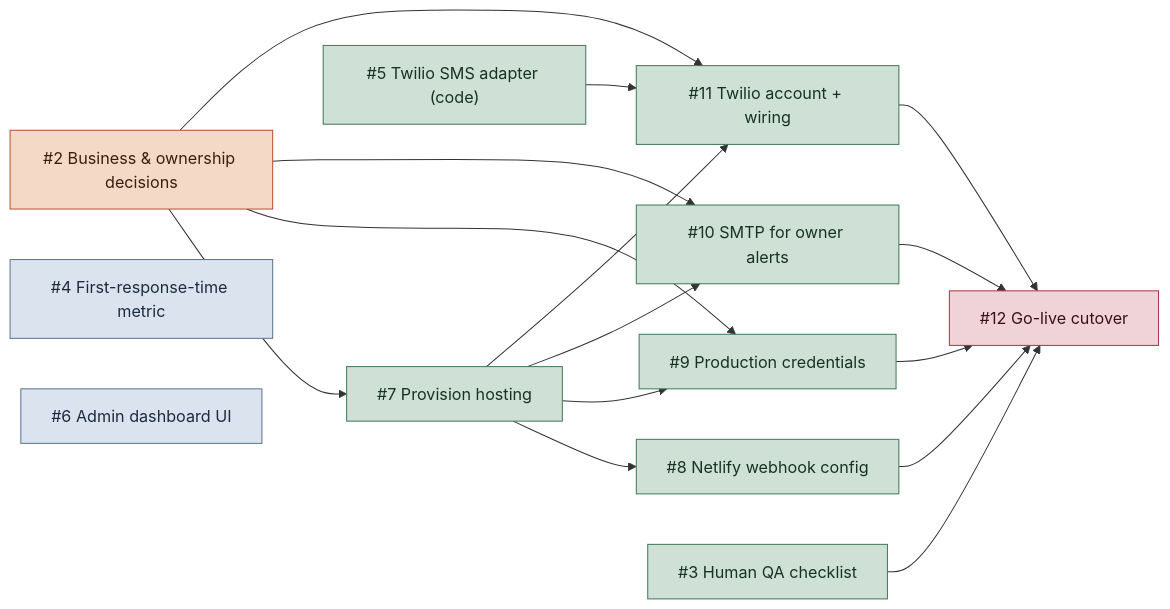
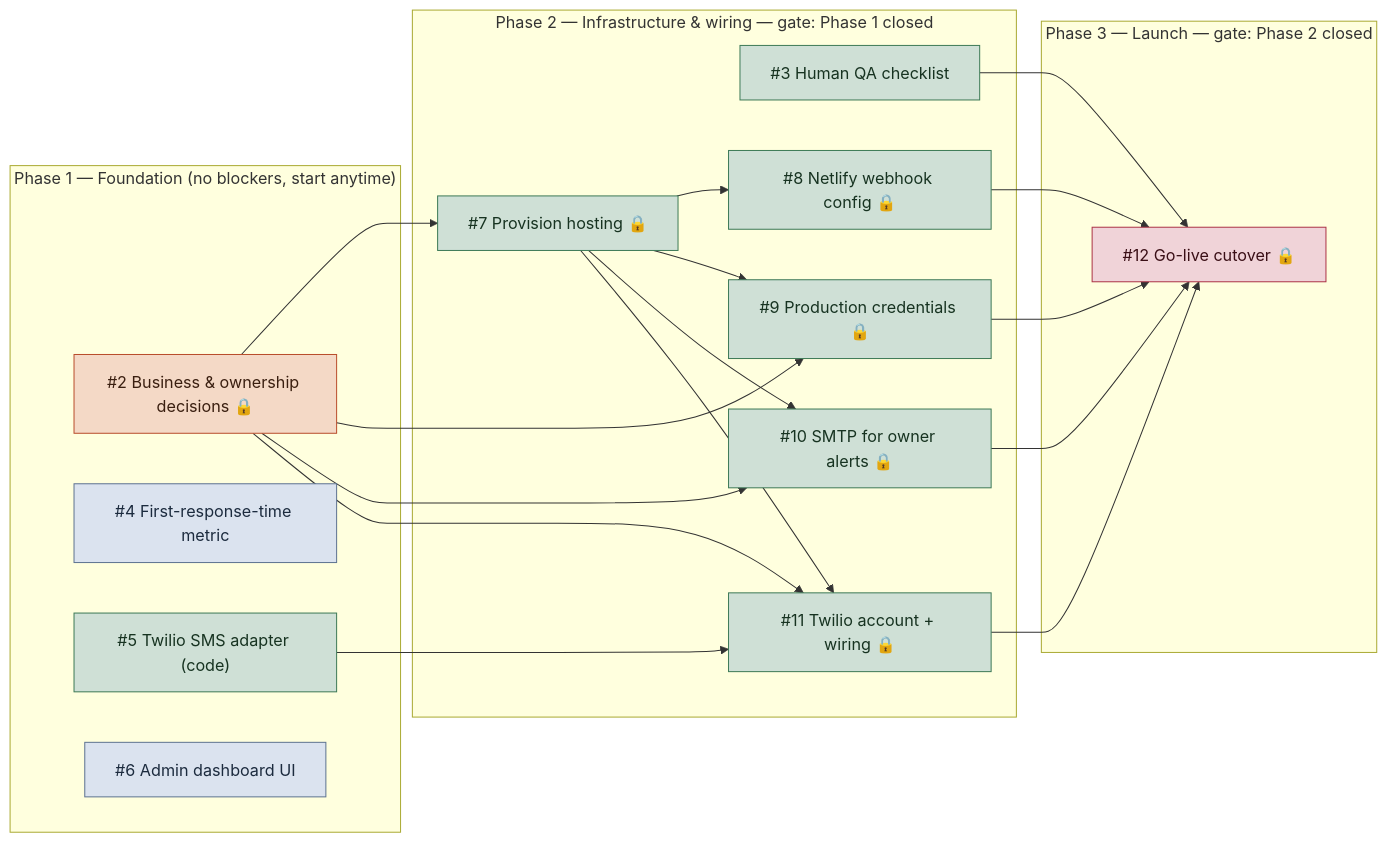
One commit to zikjoe/ruzik-appliance-repair changed the diagram in coordinator/docs/roadmap.md. Above: the diagram before and after it, drawn with Mermaid. The commit also changed other lines of this file, not shown here.

Commit message:
Add phase gates and owner/engineering split to the roadmap
Groups the 11 tracked issues into three phase gates (Foundation ->
Infrastructure & wiring -> Launch), mirrored as GitHub labels so they're
filterable on the issues list, not just visible in the diagram. Also
marks which issues need the repo owner specifically (an account, a
payment decision, a real-world action) versus which are plain
engineering work available to pick up anytime.

````diff
--- a/coordinator/docs/roadmap.md
+++ b/coordinator/docs/roadmap.md
@@ -13,46 +13,54 @@
 ```mermaid
 flowchart LR
     classDef business fill:#f4d9c6,stroke:#b94e2c,color:#3a1f10
     classDef golive fill:#cfe0d6,stroke:#3e7a57,color:#173321
     classDef feature fill:#dbe3ef,stroke:#5e7391,color:#1c2b3e
     classDef launch fill:#f0d3d8,stroke:#ac3448,color:#3a0f16
 
-    I2["#2 Business & ownership decisions"]:::business
-    I7["#7 Provision hosting"]:::golive
-    I8["#8 Netlify webhook config"]:::golive
-    I9["#9 Production credentials"]:::golive
-    I10["#10 SMTP for owner alerts"]:::golive
-    I5["#5 Twilio SMS adapter (code)"]:::golive
-    I11["#11 Twilio account + wiring"]:::golive
-    I3["#3 Human QA checklist"]:::golive
-    I12["#12 Go-live cutover"]:::launch
-    I4["#4 First-response-time metric"]:::feature
-    I6["#6 Admin dashboard UI"]:::feature
+    subgraph P1["Phase 1 — Foundation (no blockers, start anytime)"]
+        I2["#2 Business & ownership decisions 🔒"]:::business
+        I4["#4 First-response-time metric"]:::feature
+        I5["#5 Twilio SMS adapter (code)"]:::golive
+        I6["#6 Admin dashboard UI"]:::feature
+    end
+
+    subgraph P2["Phase 2 — Infrastructure & wiring — gate: Phase 1 closed"]
+        I3["#3 Human QA checklist"]:::golive
+        I7["#7 Provision hosting 🔒"]:::golive
+        I8["#8 Netlify webhook config 🔒"]:::golive
+        I9["#9 Production credentials 🔒"]:::golive
+        I10["#10 SMTP for owner alerts 🔒"]:::golive
+        I11["#11 Twilio account + wiring 🔒"]:::golive
+    end
+
+    subgraph P3["Phase 3 — Launch — gate: Phase 2 closed"]
+        I12["#12 Go-live cutover 🔒"]:::launch
+    end
 
     I2 --> I7
     I7 --> I8
     I2 --> I9
     I7 --> I9
     I2 --> I10
     I7 --> I10
     I2 --> I11
     I5 --> I11
     I7 --> I11
     I3 --> I12
     I8 --> I12
     I9 --> I12
     I10 --> I12
     I11 --> I12
 
     click I2 "https://github.com/zikjoe/ruzik-appliance-repair/issues/2" _blank
     click I3 "https://github.com/zikjoe/ruzik-appliance-repair/issues/3" _blank
     click I4 "https://github.com/zikjoe/ruzik-appliance-repair/issues/4" _blank
     click I5 "https://github.com/zikjoe/ruzik-appliance-repair/issues/5" _blank
     click I6 "https://github.com/zikjoe/ruzik-appliance-repair/issues/6" _blank
     click I7 "https://github.com/zikjoe/ruzik-appliance-repair/issues/7" _blank
     click I8 "https://github.com/zikjoe/ruzik-appliance-repair/issues/8" _blank
     click I9 "https://github.com/zikjoe/ruzik-appliance-repair/issues/9" _blank
     click I10 "https://github.com/zikjoe/ruzik-appliance-repair/issues/10" _blank
     click I11 "https://github.com/zikjoe/ruzik-appliance-repair/issues/11" _blank
     click I12 "https://github.com/zikjoe/ruzik-appliance-repair/issues/12" _blank
 ```
````
